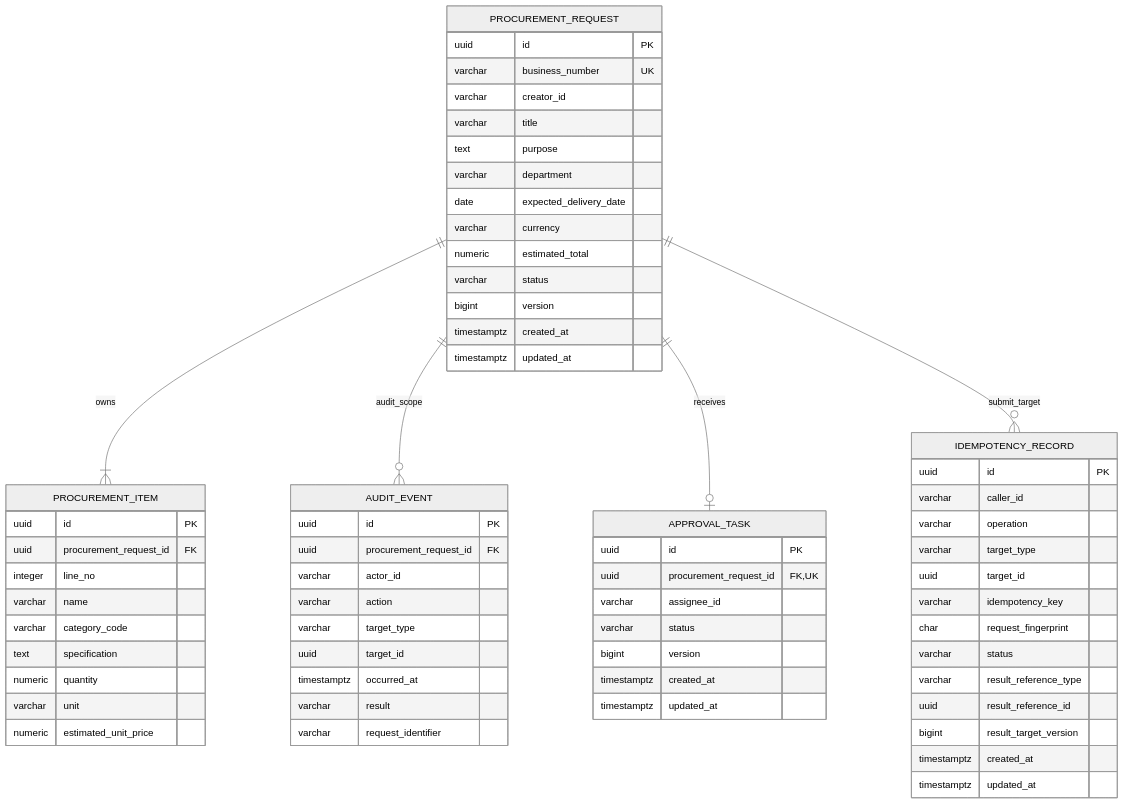
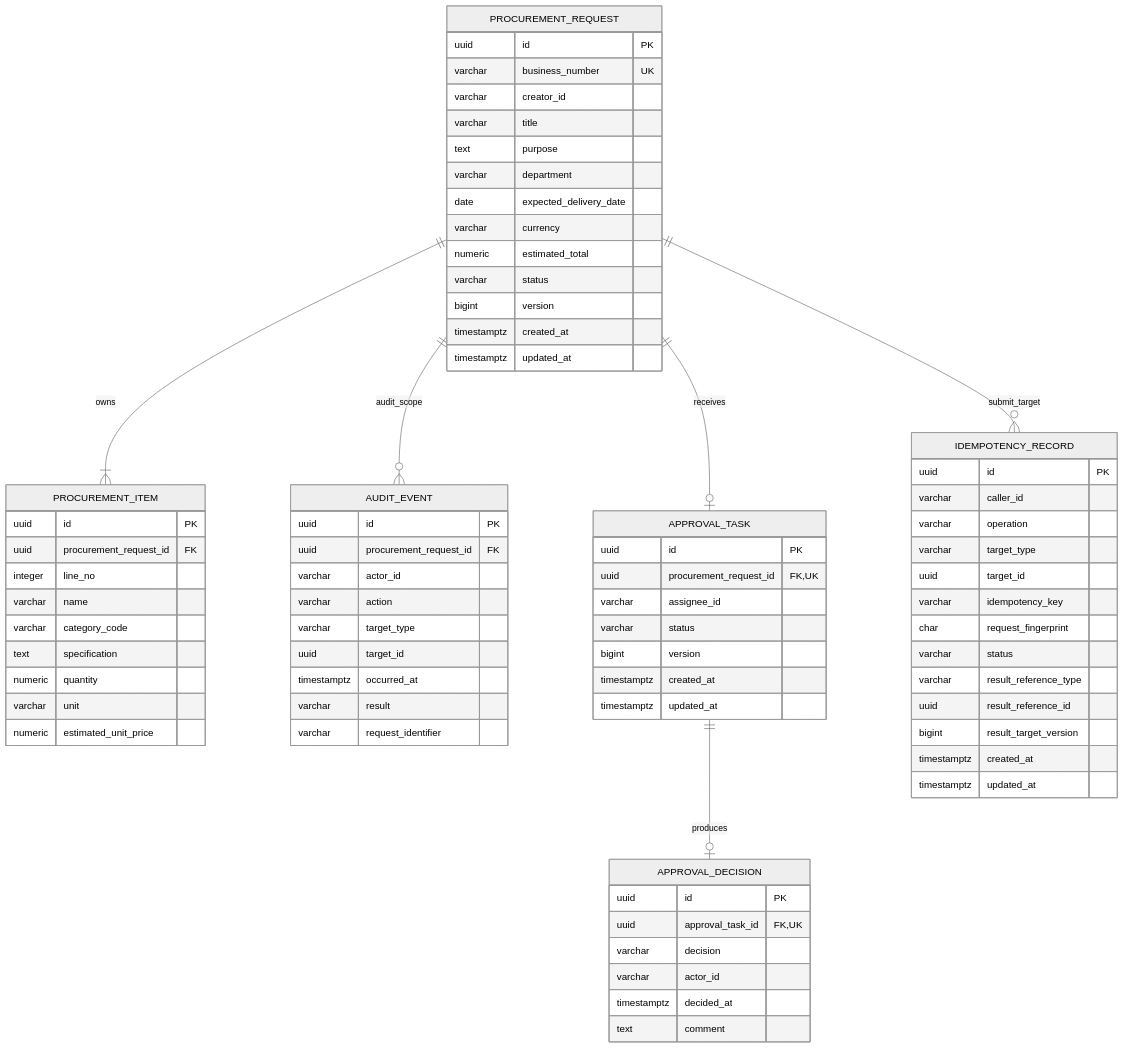
The second of 2 diagrams in docs/R1_ERD.md (yche18/juheng-procurement-ai), drawn with Mermaid (neutral theme) before and after one commit. The commit also changed other lines of this file and 33 other files, not shown here.

````diff
--- a/docs/R1_ERD.md
+++ b/docs/R1_ERD.md
@@ -91,6 +91,15 @@
         timestamptz updated_at
     }
 
+    APPROVAL_DECISION {
+        uuid id PK
+        uuid approval_task_id FK,UK
+        varchar decision
+        varchar actor_id
+        timestamptz decided_at
+        text comment
+    }
+
     IDEMPOTENCY_RECORD {
         uuid id PK
         varchar caller_id
@@ -110,5 +119,6 @@
     PROCUREMENT_REQUEST ||--|{ PROCUREMENT_ITEM : owns
     PROCUREMENT_REQUEST ||--o{ AUDIT_EVENT : audit_scope
     PROCUREMENT_REQUEST ||--o| APPROVAL_TASK : receives
+    APPROVAL_TASK ||--o| APPROVAL_DECISION : produces
     PROCUREMENT_REQUEST ||--o{ IDEMPOTENCY_RECORD : submit_target
 ```
````
